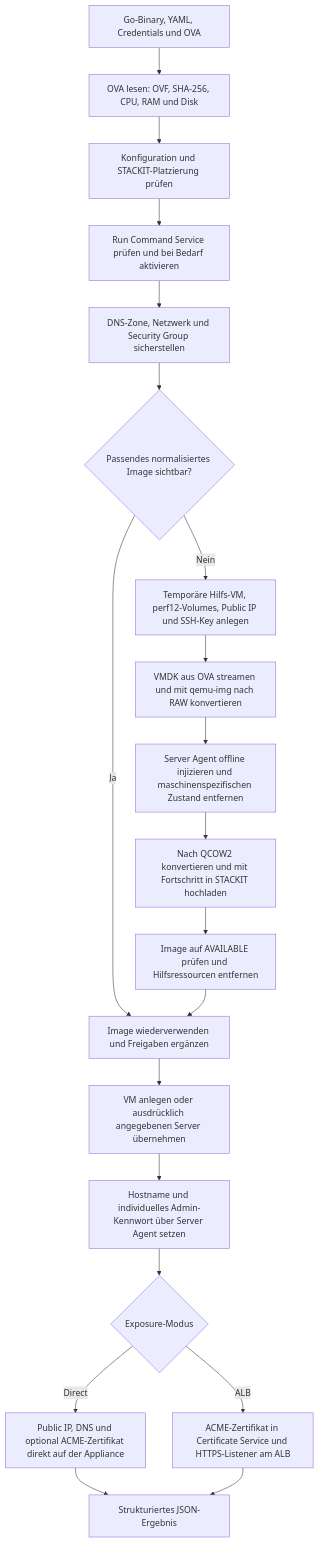
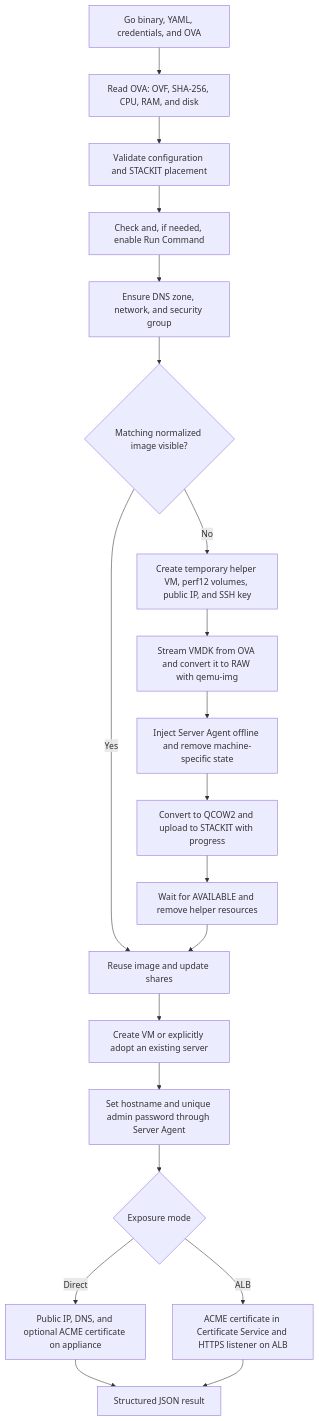
The first of 2 diagrams in README.md (stackitcloud/coriolis-stackit-installer), drawn with Mermaid before and after one commit. The commit also changed other lines of this file and 1 other file, not shown here.

````diff
--- a/README.md
+++ b/README.md
@@ -54,24 +55,24 @@
 ```mermaid
 flowchart TD
-    A["Go-Binary, YAML, Credentials und OVA"] --> B["OVA lesen: OVF, SHA-256, CPU, RAM und Disk"]
-    B --> C["Konfiguration und STACKIT-Platzierung prüfen"]
-    C --> R["Run Command Service prüfen und bei Bedarf aktivieren"]
-    R --> D["DNS-Zone, Netzwerk und Security Group sicherstellen"]
-    D --> E{"Passendes normalisiertes Image sichtbar?"}
+    A["Go binary, YAML, credentials, and OVA"] --> B["Read OVA: OVF, SHA-256, CPU, RAM, and disk"]
+    B --> C["Validate configuration and STACKIT placement"]
+    C --> R["Check and, if needed, enable Run Command"]
+    R --> D["Ensure DNS zone, network, and security group"]
+    D --> E{"Matching normalized image visible?"}
 
-    E -- Ja --> K["Image wiederverwenden und Freigaben ergänzen"]
-    E -- Nein --> F["Temporäre Hilfs-VM, perf12-Volumes, Public IP und SSH-Key anlegen"]
-    F --> G["VMDK aus OVA streamen und mit qemu-img nach RAW konvertieren"]
-    G --> H["Server Agent offline injizieren und maschinenspezifischen Zustand entfernen"]
-    H --> I["Nach QCOW2 konvertieren und mit Fortschritt in STACKIT hochladen"]
-    I --> J["Image auf AVAILABLE prüfen und Hilfsressourcen entfernen"]
+    E -- Yes --> K["Reuse image and update shares"]
+    E -- No --> F["Create temporary helper VM, perf12 volumes, public IP, and SSH key"]
+    F --> G["Stream VMDK from OVA and convert it to RAW with qemu-img"]
+    G --> H["Inject Server Agent offline and remove machine-specific state"]
+    H --> I["Convert to QCOW2 and upload to STACKIT with progress"]
+    I --> J["Wait for AVAILABLE and remove helper resources"]
     J --> K
 
-    K --> L["VM anlegen oder ausdrücklich angegebenen Server übernehmen"]
-    L --> M["Hostname und individuelles Admin-Kennwort über Server Agent setzen"]
-    M --> N{"Exposure-Modus"}
-    N -- Direct --> O["Public IP, DNS und optional ACME-Zertifikat direkt auf der Appliance"]
-    N -- ALB --> P["ACME-Zertifikat in Certificate Service und HTTPS-Listener am ALB"]
-    O --> Q["Strukturiertes JSON-Ergebnis"]
+    K --> L["Create VM or explicitly adopt an existing server"]
+    L --> M["Set hostname and unique admin password through Server Agent"]
+    M --> N{"Exposure mode"}
+    N -- Direct --> O["Public IP, DNS, and optional ACME certificate on appliance"]
+    N -- ALB --> P["ACME certificate in Certificate Service and HTTPS listener on ALB"]
+    O --> Q["Structured JSON result"]
     P --> Q
 ```
````
